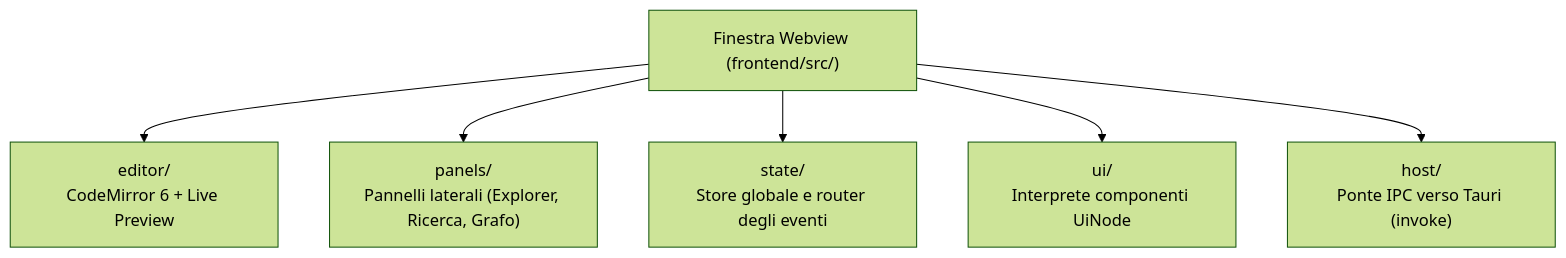
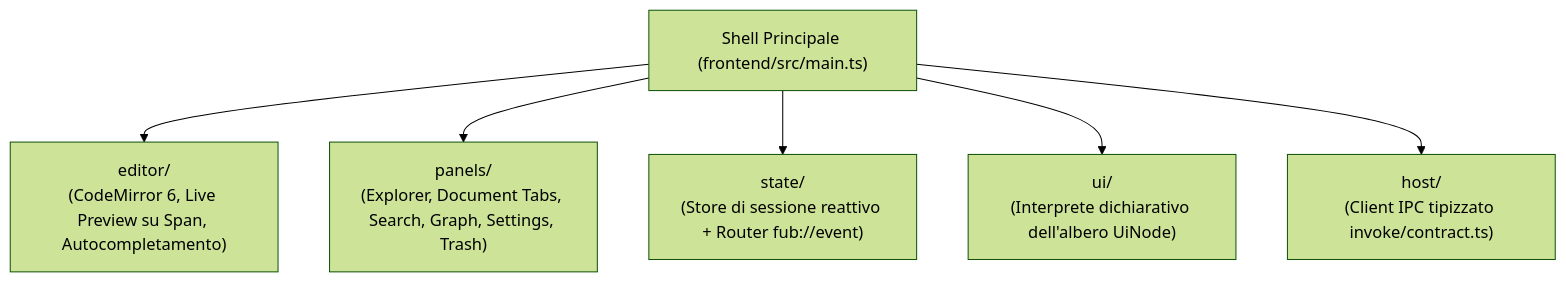
One commit to Fubeo/Fub changed the diagram in docs/07-ui/01-la-shell-e-il-frontend.md. Above: the diagram before and after it, drawn with Mermaid (forest theme). The commit also changed other lines of this file and 37 other files, not shown here.

````diff
--- a/docs/07-ui/01-la-shell-e-il-frontend.md
+++ b/docs/07-ui/01-la-shell-e-il-frontend.md
@@ -7,9 +9,9 @@
 ```mermaid
 flowchart TD
-    Shell["Finestra Webview (frontend/src/)"]
-    Shell --> Editor["editor/<br>CodeMirror 6 + Live Preview"]
-    Shell --> Panels["panels/<br>Pannelli laterali (Explorer, Ricerca, Grafo)"]
-    Shell --> State["state/<br>Store globale e router degli eventi"]
-    Shell --> Ui["ui/<br>Interprete componenti UiNode"]
-    Shell --> IPC["host/<br>Ponte IPC verso Tauri (invoke)"]
+    Shell["Shell Principale (frontend/src/main.ts)"]
+    Shell --> Editor["editor/<br>(CodeMirror 6, Live Preview su Span, Autocompletamento)"]
+    Shell --> Panels["panels/<br>(Explorer, Document Tabs, Search, Graph, Settings, Trash)"]
+    Shell --> State["state/<br>(Store di sessione reattivo + Router fub://event)"]
+    Shell --> Ui["ui/<br>(Interprete dichiarativo dell'albero UiNode)"]
+    Shell --> Host["host/<br>(Client IPC tipizzato invoke/contract.ts)"]
 ```
````
